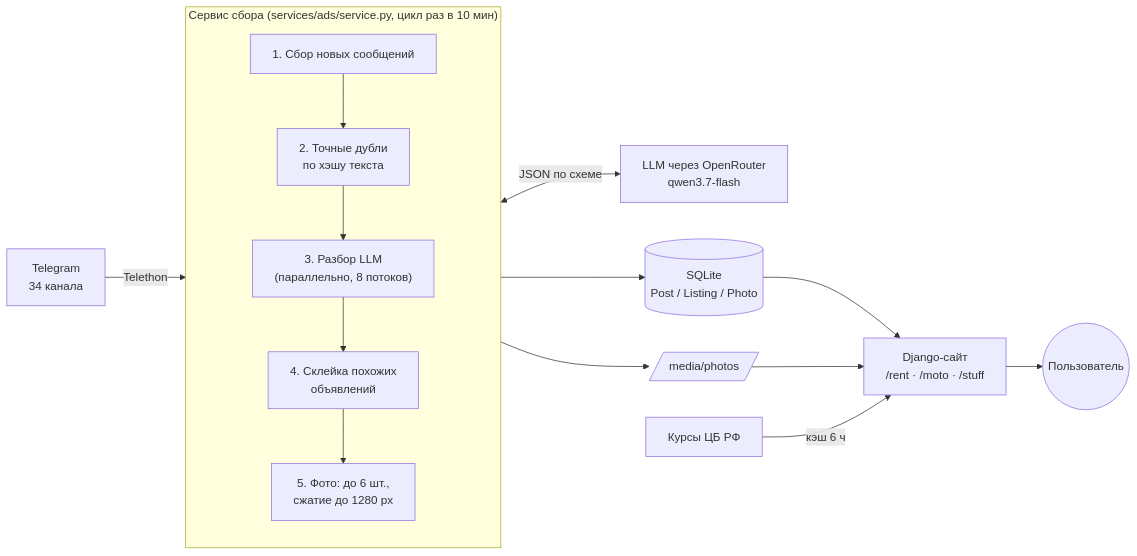
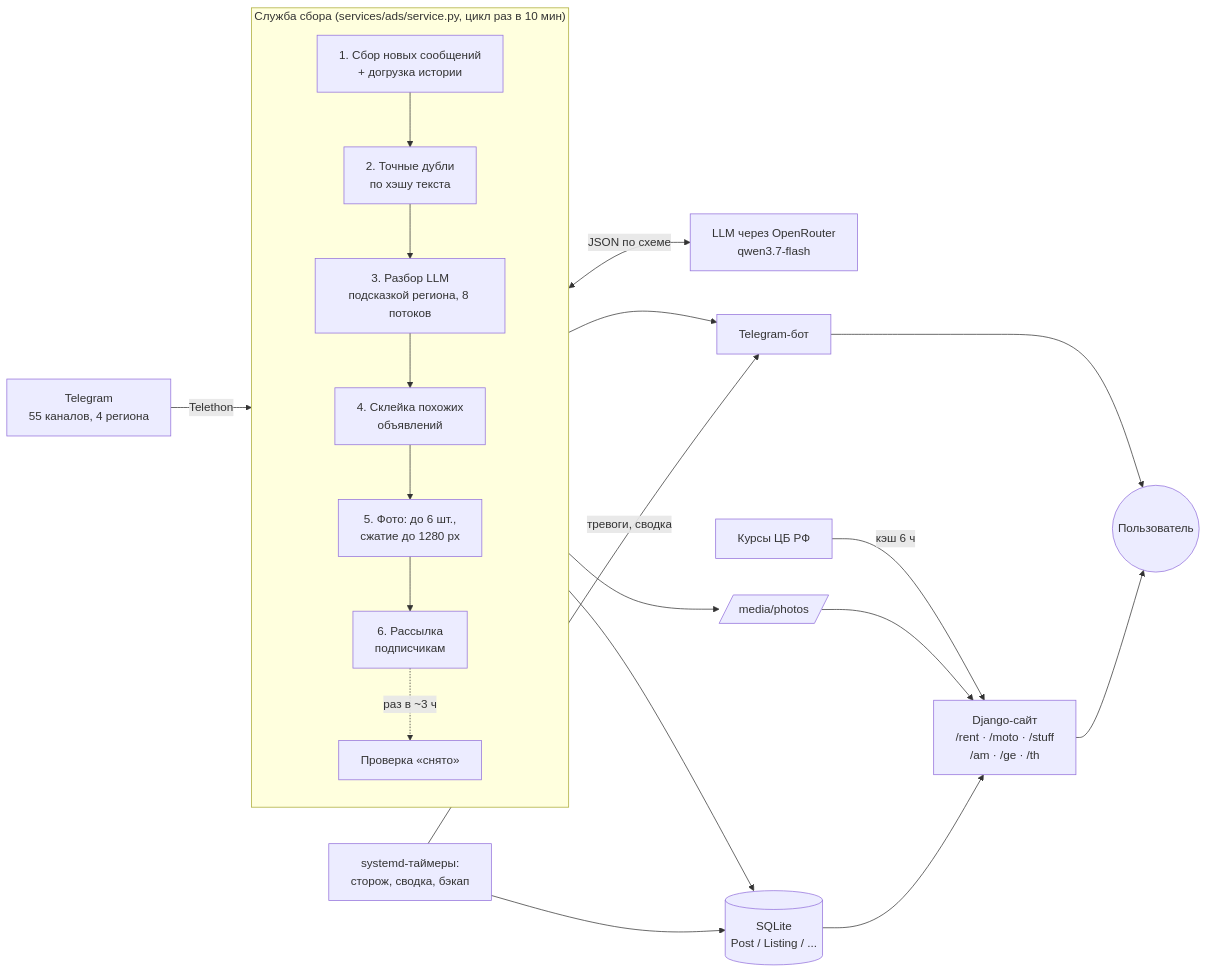
One commit to Demitrofan/Goads changed the first of 2 diagrams in README.md. Above: the diagram before and after it, drawn with Mermaid. The commit also changed other lines of this file and 14 other files, not shown here.

````diff
--- a/README.md
+++ b/README.md
@@ -47,21 +76,28 @@
 ```mermaid
 flowchart LR
-    TG["Telegram<br/>34 канала"] -->|Telethon| SVC
+    TG["Telegram<br/>55 каналов, 4 региона"] -->|Telethon| SVC
 
-    subgraph SVC["Сервис сбора (services/ads/service.py, цикл раз в 10 мин)"]
+    subgraph SVC["Служба сбора (services/ads/service.py, цикл раз в 10 мин)"]
         direction TB
-        C["1. Сбор новых сообщений"] --> D["2. Точные дубли<br/>по хэшу текста"]
-        D --> P["3. Разбор LLM<br/>(параллельно, 8 потоков)"]
+        C["1. Сбор новых сообщений<br/>+ догрузка истории"] --> D["2. Точные дубли<br/>по хэшу текста"]
+        D --> P["3. Разбор LLM<br/>подсказкой региона, 8 потоков"]
         P --> M["4. Склейка похожих<br/>объявлений"]
         M --> F["5. Фото: до 6 шт.,<br/>сжатие до 1280 px"]
+        F --> N["6. Рассылка<br/>подписчикам"]
+        N -.->|"раз в ~3 ч"| X["Проверка «снято»"]
     end
 
     P <-->|"JSON по схеме"| LLM["LLM через OpenRouter<br/>qwen3.7-flash"]
-    SVC --> DB[("SQLite<br/>Post / Listing / Photo")]
+    SVC --> DB[("SQLite<br/>Post / Listing / ...")]
     F --> MEDIA[/"media/photos"/]
+    N --> BOT["Telegram-бот"]
 
-    DB --> WEB["Django-сайт<br/>/rent · /moto · /stuff"]
+    DB --> WEB["Django-сайт<br/>/rent · /moto · /stuff<br/>/am · /ge · /th"]
     MEDIA --> WEB
     CBR["Курсы ЦБ РФ"] -->|"кэш 6 ч"| WEB
     WEB --> U(("Пользователь"))
+    BOT --> U
+
+    T["systemd-таймеры:<br/>сторож, сводка, бэкап"] --> DB
+    T -->|"тревоги, сводка"| BOT
 ```
````
